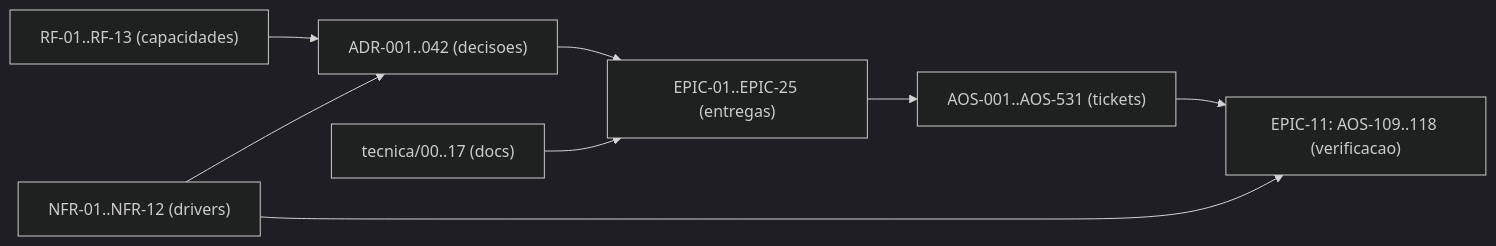
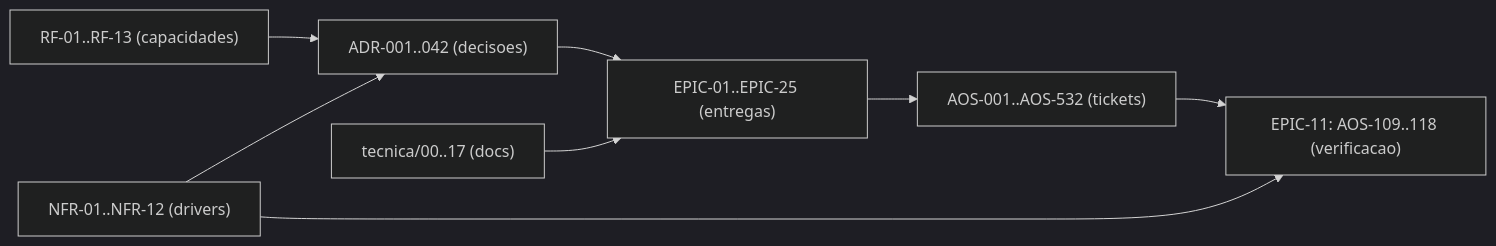
The diagram in tecnica/16_Rastreabilidade_RTM.md (albinoJimy/aos), drawn with Mermaid (dark theme) before and after one commit. The commit also changed other lines of this file and 8 other files, not shown here.

````diff
--- a/tecnica/16_Rastreabilidade_RTM.md
+++ b/tecnica/16_Rastreabilidade_RTM.md
@@ -211,10 +211,10 @@
 ```mermaid
 flowchart LR
     RF["RF-01..RF-13 (capacidades)"] --> ADR["ADR-001..042 (decisoes)"]
     NFR["NFR-01..NFR-12 (drivers)"] --> ADR
     ADR --> EPIC["EPIC-01..EPIC-25 (entregas)"]
-    EPIC --> TICK["AOS-001..AOS-531 (tickets)"]
+    EPIC --> TICK["AOS-001..AOS-532 (tickets)"]
     DOC["tecnica/00..17 (docs)"] --> EPIC
     TICK --> TEST["EPIC-11: AOS-109..118 (verificacao)"]
     NFR --> TEST
 ```
````
